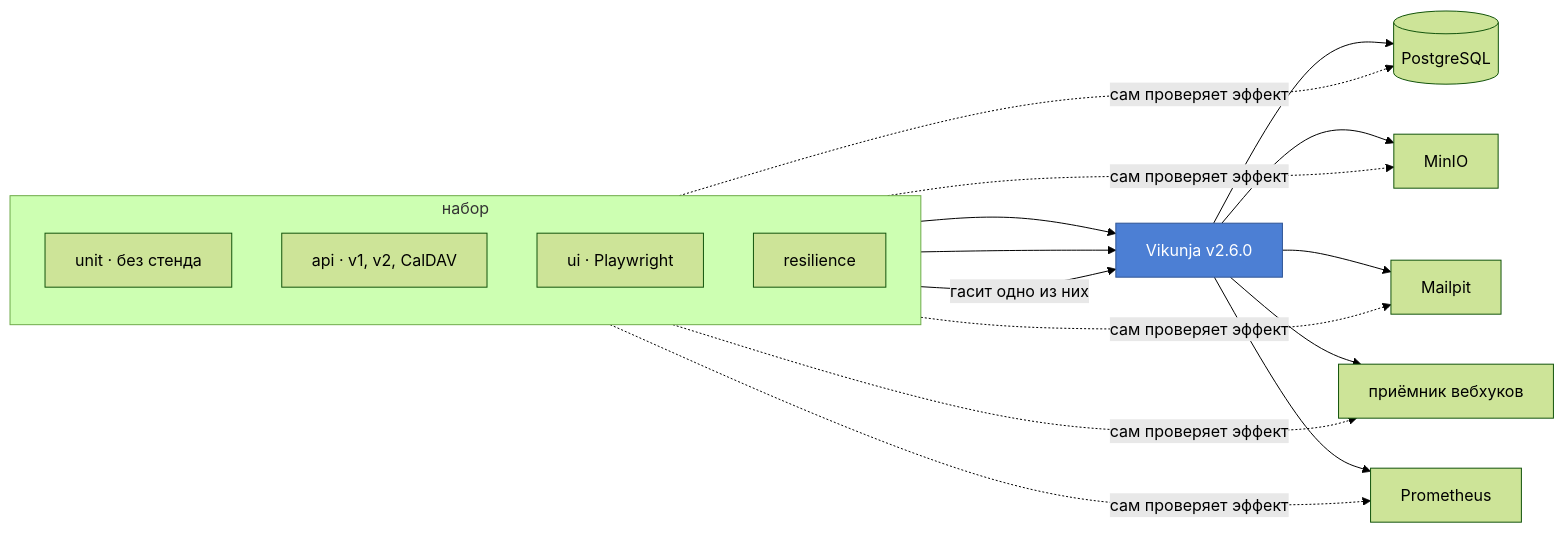
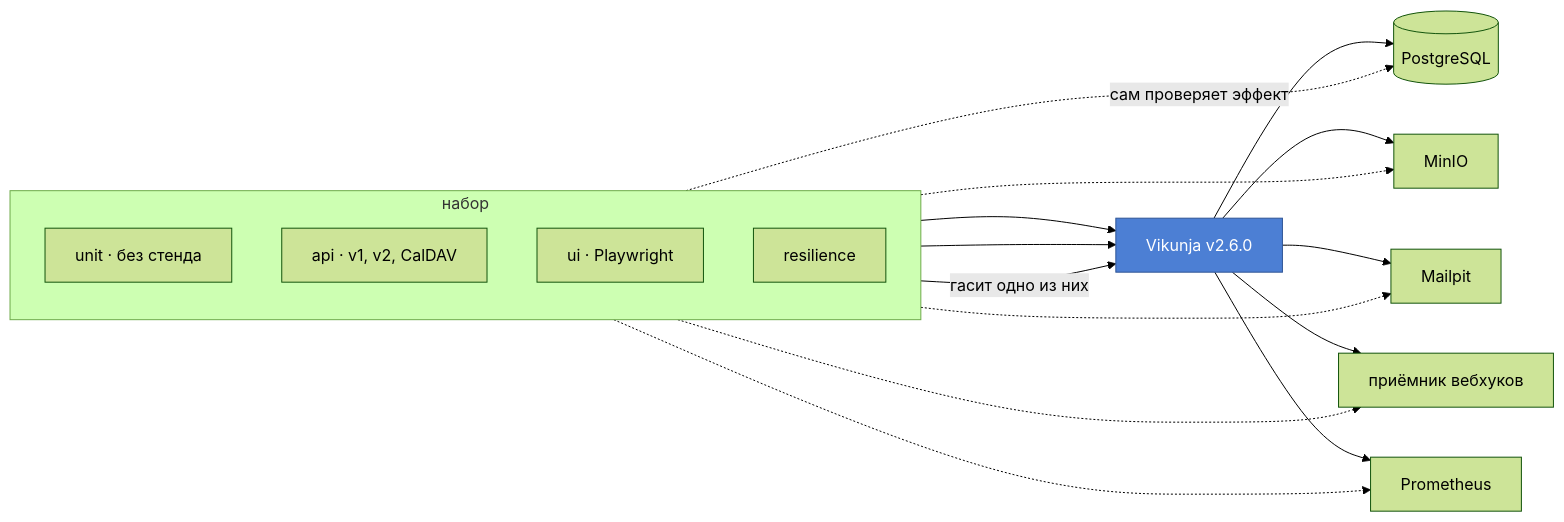
One commit to petprojectsaqa/qa-framework-vikunja changed the diagram in README.ru.md. Above: the diagram before and after it, drawn with Mermaid (forest theme). The commit also changed 1 other file, not shown here.

Commit message:
Label the fan once
Mermaid repeats a label on every edge in an & fan, so one sentence was
printed five times across the diagram.

````diff
--- a/README.ru.md
+++ b/README.ru.md
@@ -76,25 +76,26 @@
 ```mermaid
 flowchart LR
     subgraph S["набор"]
         direction TB
         U["unit · без стенда"]
         A["api · v1, v2, CalDAV"]
         B["ui · Playwright"]
         R["resilience"]
     end
 
     V["Vikunja v2.6.0"]
     PG[("PostgreSQL")]
     S3["MinIO"]
     MAIL["Mailpit"]
     HOOK["приёмник вебхуков"]
     PROM["Prometheus"]
 
     A --> V
     B --> V
     R -->|"гасит одно из них"| V
     V --> PG & S3 & MAIL & HOOK & PROM
-    A -.->|"сам проверяет эффект"| PG & S3 & MAIL & HOOK & PROM
+    A -.->|"сам проверяет эффект"| PG
+    A -.-> S3 & MAIL & HOOK & PROM
 
     style V fill:#4c7fd4,stroke:#2f5596,color:#fff
 ```
````
